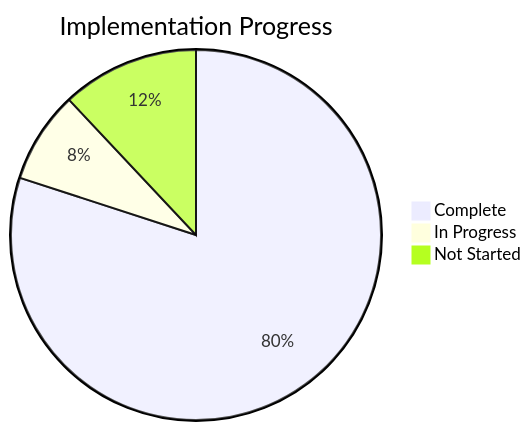
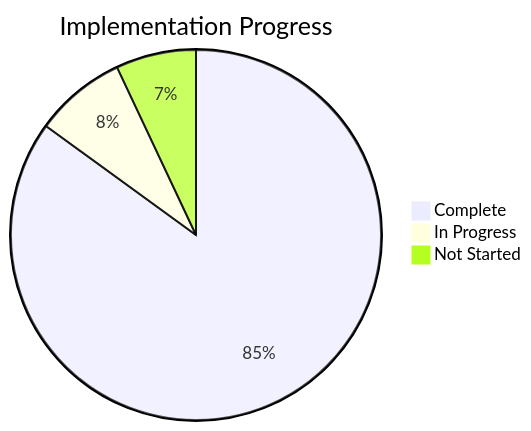
The first of 5 diagrams in docs/tasks/00-progress-tracker.md (amo-tech-ai/mdeai), drawn with Mermaid before and after one commit. The commit also changed other lines of this file and 6 other files, not shown here.

````diff
--- a/docs/tasks/00-progress-tracker.md
+++ b/docs/tasks/00-progress-tracker.md
@@ -9,6 +9,6 @@
 ```mermaid
 pie title Implementation Progress
-    "Complete" : 80
+    "Complete" : 85
     "In Progress" : 8
-    "Not Started" : 12
+    "Not Started" : 7
 ```
````
